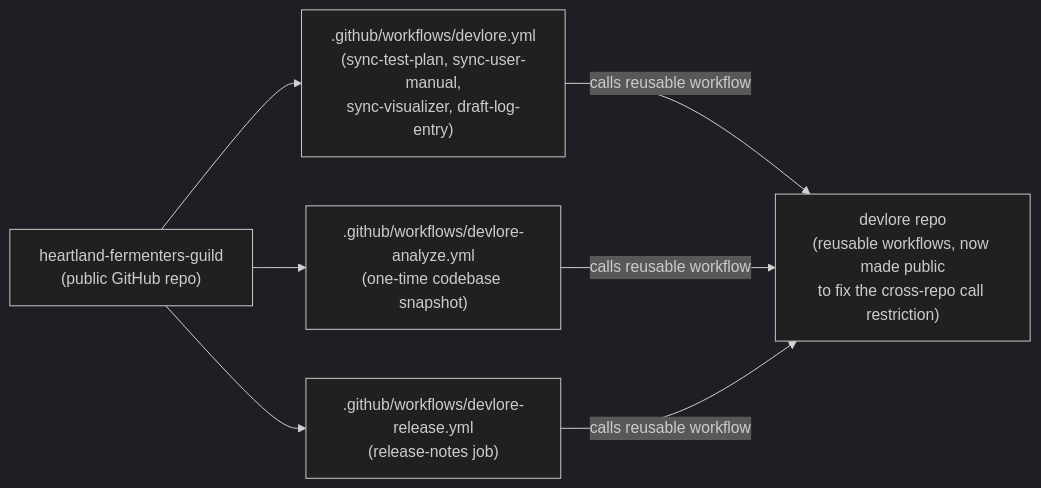
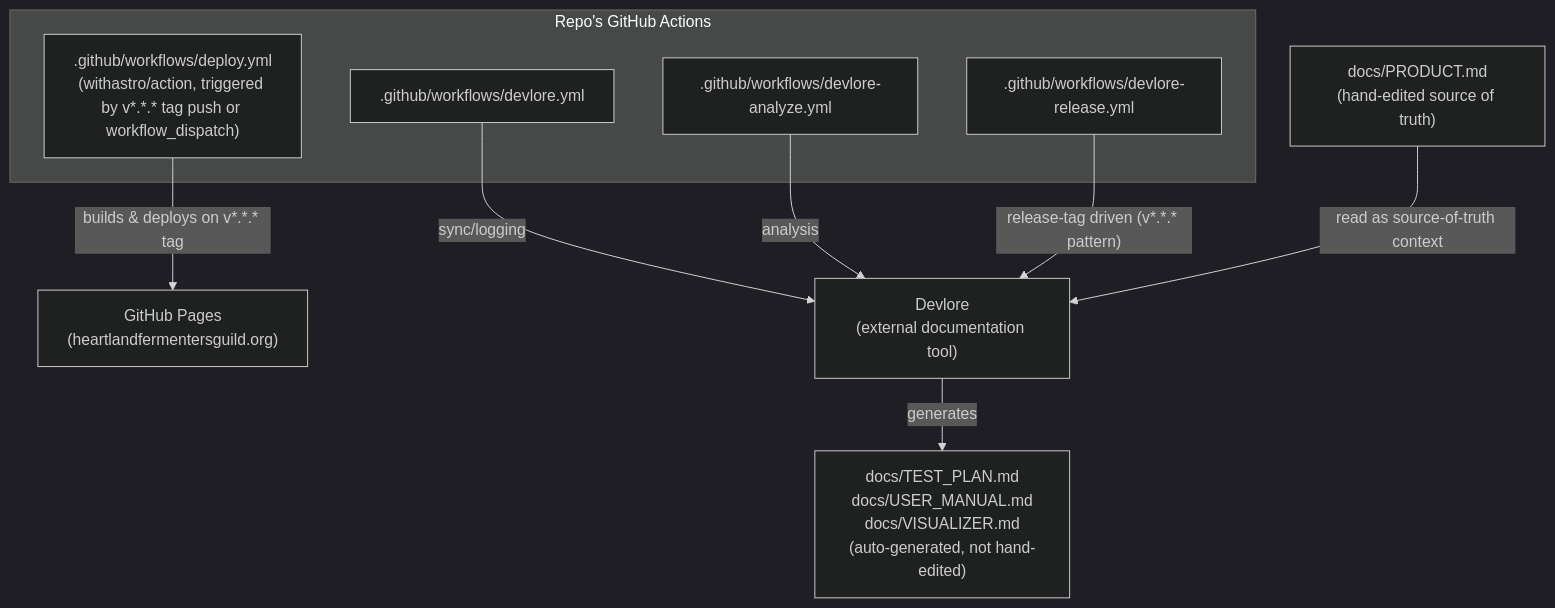
The third of 3 diagrams in docs/VISUALIZER.md (BubbaF377/heartland-fermenters-guild), drawn with Mermaid (dark theme) before and after one commit. The commit also changed other lines of this file, not shown here.

Commit message:
Update visualizer (requirements changed): heartland-fermenters-guild

````diff
--- a/docs/VISUALIZER.md
+++ b/docs/VISUALIZER.md
@@ -65,18 +66,23 @@
 ```mermaid
-graph LR
-    Repo["heartland-fermenters-guild<br/>(public GitHub repo)"]
+flowchart TD
+    ProductDoc["docs/PRODUCT.md<br/>(hand-edited source of truth)"]
 
-    DevloreYml[".github/workflows/devlore.yml<br/>(sync-test-plan, sync-user-manual,<br/>sync-visualizer, draft-log-entry)"]
-    AnalyzeYml[".github/workflows/devlore-analyze.yml<br/>(one-time codebase snapshot)"]
-    ReleaseYml[".github/workflows/devlore-release.yml<br/>(release-notes job)"]
+    subgraph RepoAutomation["Repo's GitHub Actions"]
+        DeployWF[".github/workflows/deploy.yml<br/>(withastro/action, triggered by v*.*.* tag push or workflow_dispatch)"]
+        DevloreWF[".github/workflows/devlore.yml"]
+        DevloreAnalyzeWF[".github/workflows/devlore-analyze.yml"]
+        DevloreReleaseWF[".github/workflows/devlore-release.yml"]
+    end
 
-    DevloreRepo["devlore repo<br/>(reusable workflows, now made public<br/>to fix the cross-repo call restriction)"]
+    GHPages["GitHub Pages<br/>(heartlandfermentersguild.org)"]
+    Devlore["Devlore<br/>(external documentation tool)"]
+    GeneratedDocs["docs/TEST_PLAN.md<br/>docs/USER_MANUAL.md<br/>docs/VISUALIZER.md<br/>(auto-generated, not hand-edited)"]
 
-    Repo --> DevloreYml
-    Repo --> AnalyzeYml
-    Repo --> ReleaseYml
+    ProductDoc -- "read as source-of-truth context" --> Devlore
+    DevloreWF -- "sync/logging" --> Devlore
+    DevloreAnalyzeWF -- "analysis" --> Devlore
+    DevloreReleaseWF -- "release-tag driven (v*.*.* pattern)" --> Devlore
+    Devlore -- "generates" --> GeneratedDocs
 
-    DevloreYml -->|calls reusable workflow| DevloreRepo
-    AnalyzeYml -->|calls reusable workflow| DevloreRepo
-    ReleaseYml -->|calls reusable workflow| DevloreRepo
+    DeployWF -- "builds & deploys on v*.*.* tag" --> GHPages
 ```
````
